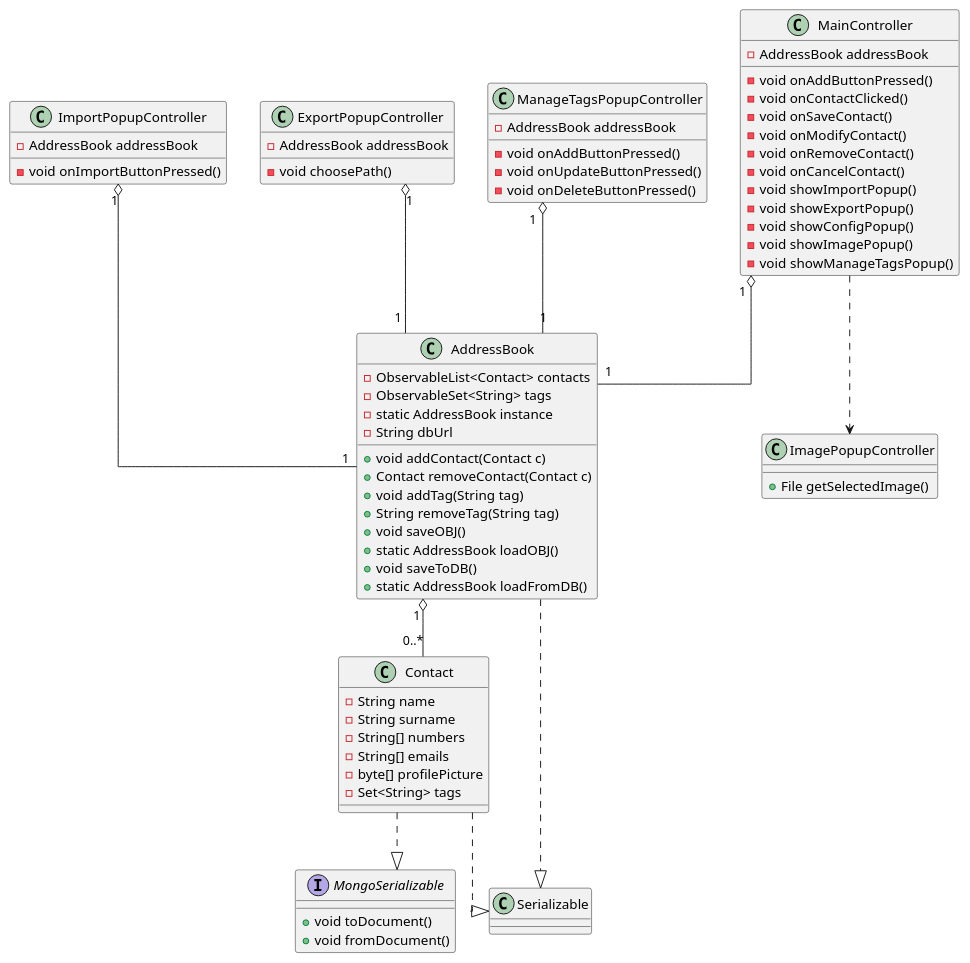
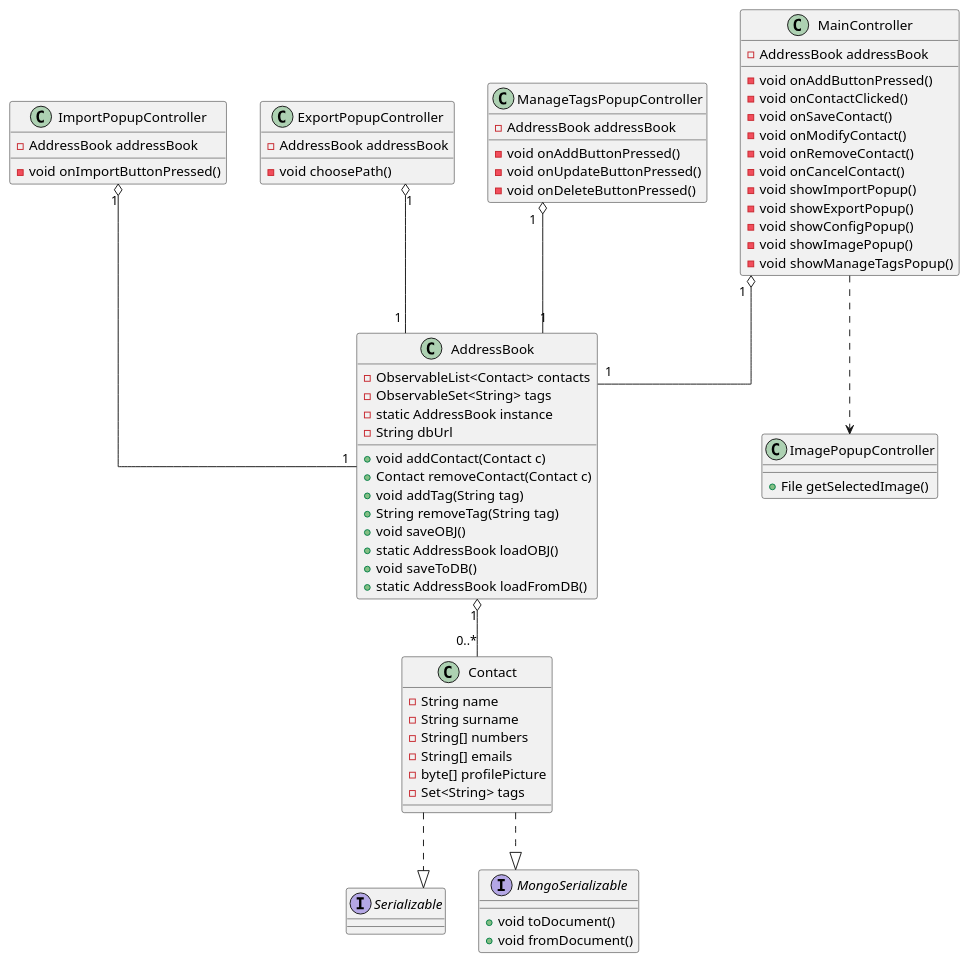
Before and after one commit to savaava/ProgettoRubrica: the diagram in documenti/diagrammaClassiEssenziale.puml, drawn with PlantUML.

Commit message:
ref diagramma classi essenziale

```diff
--- a/documenti/diagrammaClassiEssenziale.puml
+++ b/documenti/diagrammaClassiEssenziale.puml
@@ -1,80 +1,80 @@
 @startuml DiagrammaDelleClassiEssenziale
 skinparam linetype ortho
 'top to bottom direction
 
 class Contact {
     - String name 
     - String surname 
     - String[] numbers
     - String[] emails
     - byte[] profilePicture
     - Set<String> tags   
 }
 
+interface Serializable 
 interface MongoSerializable {
     +void toDocument() 
     +void fromDocument()
 }
 Contact ..|> MongoSerializable
 Contact ..|> Serializable
 
 class AddressBook {
     - ObservableList<Contact> contacts
     - ObservableSet<String> tags
     - static AddressBook instance
     - String dbUrl 
     + void addContact(Contact c)
     + Contact removeContact(Contact c)
     + void addTag(String tag)
     + String removeTag(String tag)
     + void saveOBJ()
     + static AddressBook loadOBJ()
     + void saveToDB()
     + static AddressBook loadFromDB()    
 }
-AddressBook ..|> Serializable
 AddressBook "1" o-- "0..*" Contact
 
 class MainController {
     - AddressBook addressBook
 
     - void onAddButtonPressed()
     - void onContactClicked()
     - void onSaveContact()
     - void onModifyContact()
     - void onRemoveContact()
     - void onCancelContact()
     - void showImportPopup()
     - void showExportPopup()
     - void showConfigPopup()
     - void showImagePopup()
     - void showManageTagsPopup()
 }
 MainController "1" o-- "1" AddressBook
 
 class ImportPopupController {
     - AddressBook addressBook
     - void onImportButtonPressed()
 }
 ImportPopupController "1" o-- "1" AddressBook
 
 class ExportPopupController {
     - AddressBook addressBook
     - void choosePath()
 }
 ExportPopupController "1" o-- "1" AddressBook
 
 class ManageTagsPopupController {
     - AddressBook addressBook
     - void onAddButtonPressed()
     - void onUpdateButtonPressed()
     - void onDeleteButtonPressed()
 }
 ManageTagsPopupController "1" o-- "1" AddressBook
 
 class ImagePopupController {
     + File getSelectedImage()
 }
 MainController ..> ImagePopupController
 
 @enduml
```
